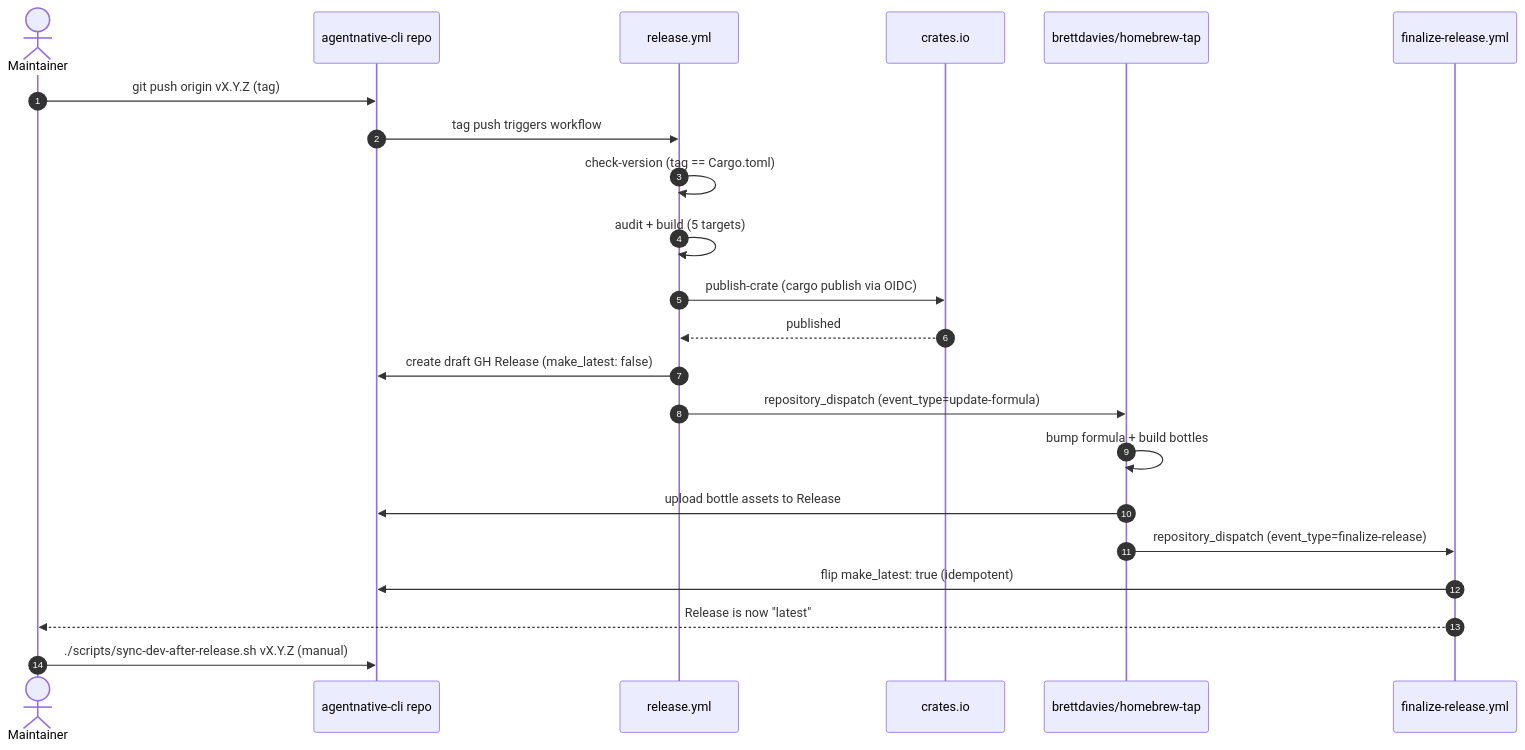
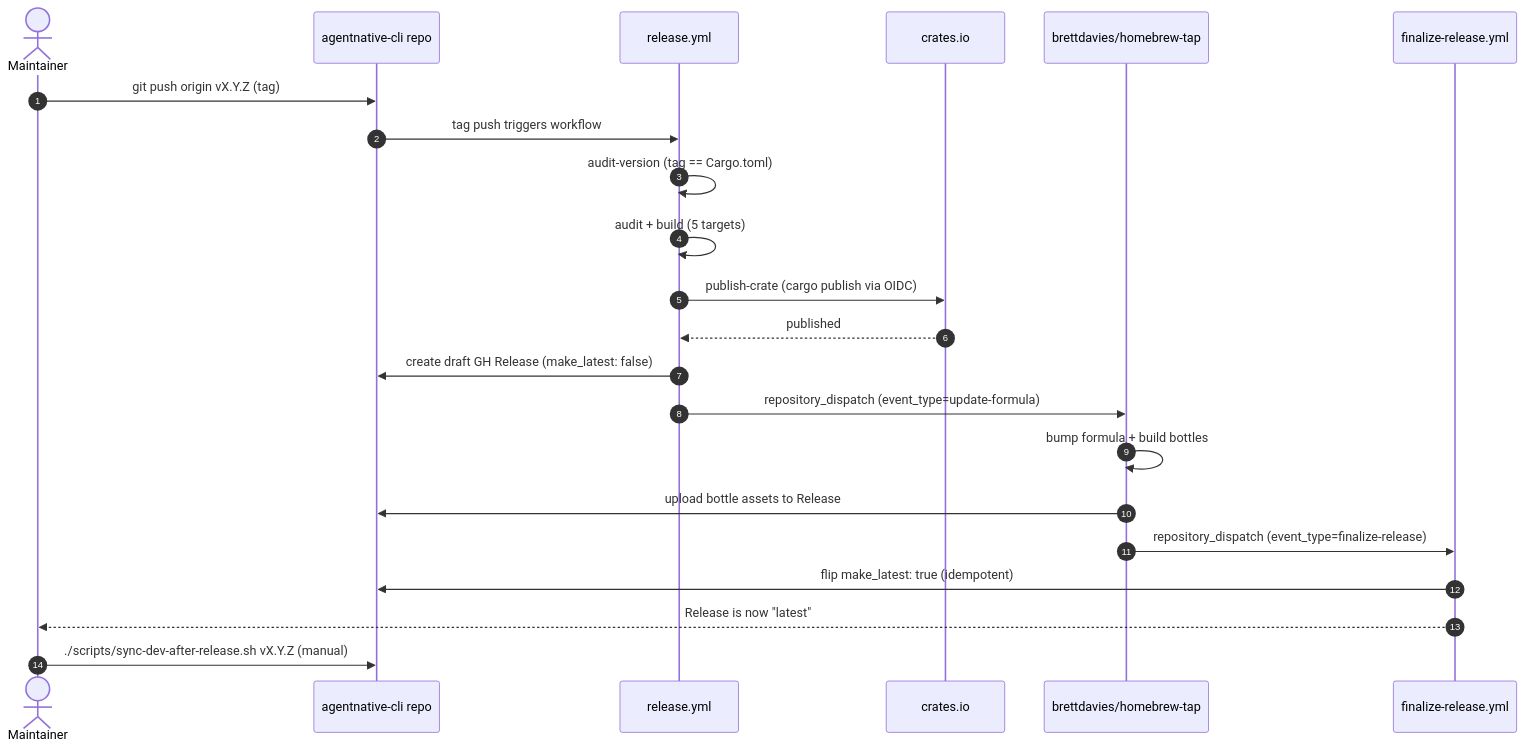
One commit to brettdavies/agentnative-cli changed the second of 2 diagrams in scripts/SYNCS.md. Above: the diagram before and after it, drawn with Mermaid. The commit also changed other lines of this file and 245 other files, not shown here.

First line of the commit message:
refactor!: rename the linter's "check" domain noun to "audit" repo-wide

````diff
--- a/scripts/SYNCS.md
+++ b/scripts/SYNCS.md
@@ -98,25 +98,25 @@
 ```mermaid
 sequenceDiagram
     autonumber
     actor Maintainer
     participant CLI as agentnative-cli repo
     participant REL as release.yml
     participant CRATES as crates.io
     participant TAP as brettdavies/homebrew-tap
     participant FIN as finalize-release.yml
 
     Maintainer->>CLI: git push origin vX.Y.Z (tag)
     CLI->>REL: tag push triggers workflow
-    REL->>REL: check-version (tag == Cargo.toml)
+    REL->>REL: audit-version (tag == Cargo.toml)
     REL->>REL: audit + build (5 targets)
     REL->>CRATES: publish-crate (cargo publish via OIDC)
     CRATES-->>REL: published
     REL->>CLI: create draft GH Release (make_latest: false)
     REL->>TAP: repository_dispatch (event_type=update-formula)
     TAP->>TAP: bump formula + build bottles
     TAP->>CLI: upload bottle assets to Release
     TAP->>FIN: repository_dispatch (event_type=finalize-release)
     FIN->>CLI: flip make_latest: true (idempotent)
     FIN-->>Maintainer: Release is now "latest"
     Maintainer->>CLI: ./scripts/sync-dev-after-release.sh vX.Y.Z (manual)
 ```
````
